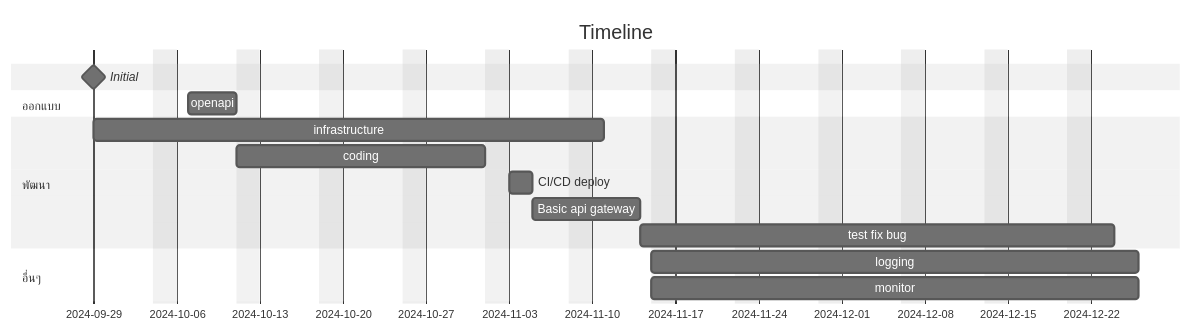
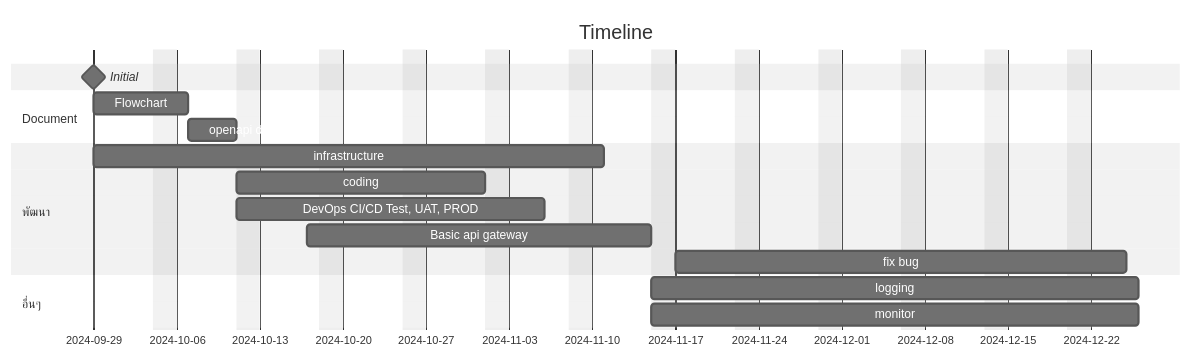
One commit to lionants02/public changed the fifth of 5 diagrams in ktb-amed/README.md. Above: the diagram before and after it, drawn with Mermaid (neutral theme). The commit also changed other lines of this file, not shown here.

Commit message:
update timeline

````diff
--- a/ktb-amed/README.md
+++ b/ktb-amed/README.md
@@ -106,19 +107,20 @@
 ```mermaid
 gantt
     title Timeline
     dateFormat YYYY-MM-DD
     excludes weekends
     weekend friday
     Initial : milestone,m1 ,2024-09-29,0d
-    section ออกแบบ
-        openapi          :a1, 2024-10-07, 4d
+    section Document
+        Flowchart   :f1, 2024-09-29, 6d
+        openapi doc          :a1, 2024-10-07, 4d
     section พัฒนา
         infrastructure: 2024-09-29, 31d
         coding :2024-10-11, 16d
-        CI/CD deploy    :2d
-        Basic api gateway    :7d
-        test fix bug    :28d
+        DevOps CI/CD Test, UAT, PROD    :2024-10-11, 19d
+        Basic api gateway    :2024-10-17, 21d
+        fix bug    :28d
     section อื่นๆ
         logging :2024-11-15, 30d
         monitor :2024-11-15, 30d
 ```
````
